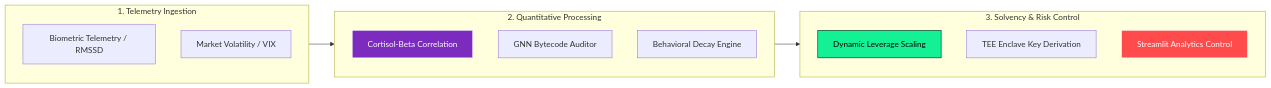
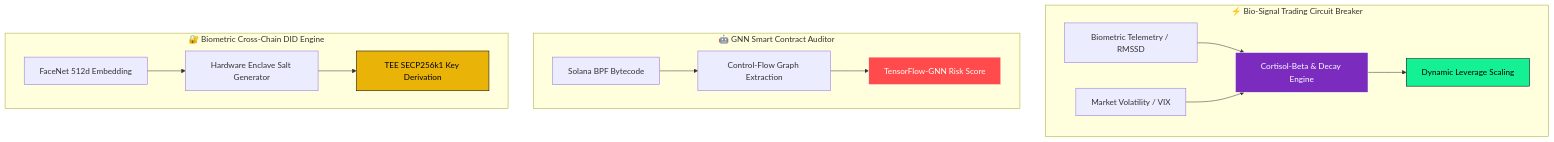
One commit to pikum06/pikum06 changed the diagram in README.md. Above: the diagram before and after it, drawn with Mermaid. The commit also changed other lines of this file, not shown here.

Commit message:
Fix formatting and improve README content

````diff
--- a/README.md
+++ b/README.md
@@ -53,25 +53,19 @@
 ```mermaid
-graph LR
-    subgraph Telemetry ["1. Telemetry Ingestion"]
-        A1[Biometric Telemetry / RMSSD]
-        A2[Market Volatility / VIX]
+graph TD
+    subgraph P1 ["⚡ Bio-Signal Trading Circuit Breaker"]
+        A1[Biometric Telemetry / RMSSD] & A2[Market Volatility / VIX] --> B1[Cortisol-Beta & Decay Engine] --> C1[Dynamic Leverage Scaling]
     end
 
-    subgraph Engines ["2. Quantitative Processing"]
-        B1[Cortisol-Beta Correlation]
-        B2[GNN Bytecode Auditor]
-        B3[Behavioral Decay Engine]
+    subgraph P2 ["🤖 GNN Smart Contract Auditor"]
+        A3[Solana BPF Bytecode] --> B2[Control-Flow Graph Extraction] --> C2[TensorFlow-GNN Risk Score]
     end
 
-    subgraph Execution ["3. Solvency & Risk Control"]
-        C1[Dynamic Leverage Scaling]
-        C2[TEE Enclave Key Derivation]
-        C3[Streamlit Analytics Control]
+    subgraph P3 ["🔐 Biometric Cross-Chain DID Engine"]
+        A4[FaceNet 512d Embedding] --> B3[Hardware Enclave Salt Generator] --> C3[TEE SECP256k1 Key Derivation]
     end
-
-    Telemetry --> Engines --> Execution
 
     style B1 fill:#7b2cbf,stroke:#fff,color:#fff
     style C1 fill:#14f195,stroke:#000,color:#000
-    style C3 fill:#ff4b4b,stroke:#fff,color:#fff
+    style C2 fill:#ff4b4b,stroke:#fff,color:#fff
+    style C3 fill:#eab308,stroke:#000,color:#000
 ```
````
